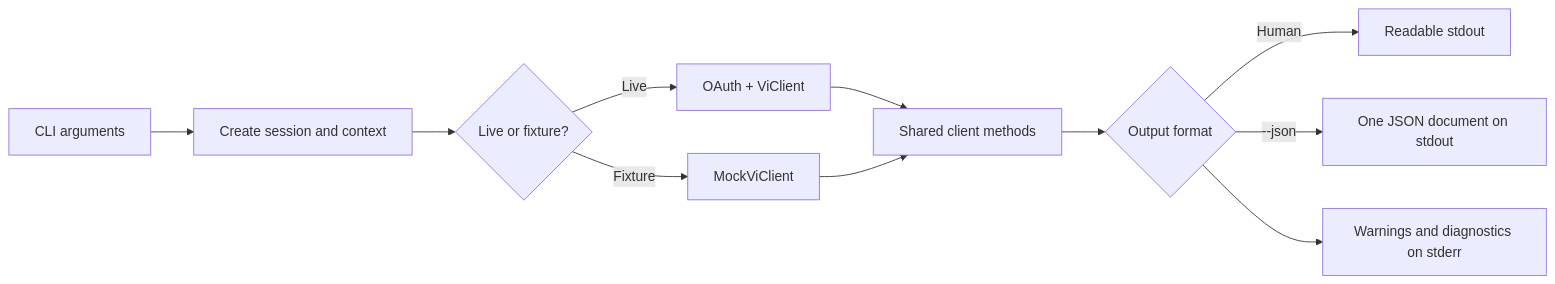
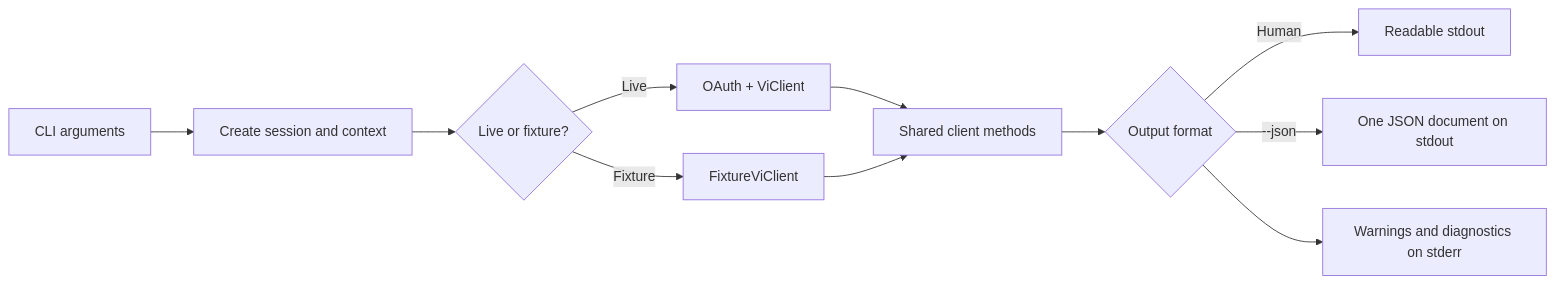
Before and after one commit to ignazhabibi/vi_api_client: diagram 11 of 12 in docs/08_architecture.md, drawn with Mermaid. The commit also changed other lines of this file and 22 other files, not shown here.

Commit message:
refactor(client): align fixture client naming

````diff
--- a/docs/08_architecture.md
+++ b/docs/08_architecture.md
@@ -614,13 +614,13 @@
 ```mermaid
 flowchart LR
     Args["CLI arguments"] --> Context["Create session and context"]
     Context --> Choice{"Live or fixture?"}
     Choice -->|Live| Live["OAuth + ViClient"]
-    Choice -->|Fixture| Mock["MockViClient"]
+    Choice -->|Fixture| Mock["FixtureViClient"]
     Live --> Methods["Shared client methods"]
     Mock --> Methods
     Methods --> Output{"Output format"}
     Output -->|Human| Text["Readable stdout"]
     Output -->|--json| Json["One JSON document on stdout"]
     Output --> Diagnostic["Warnings and diagnostics on stderr"]
 ```
````
